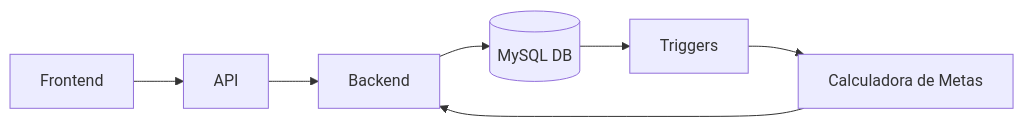
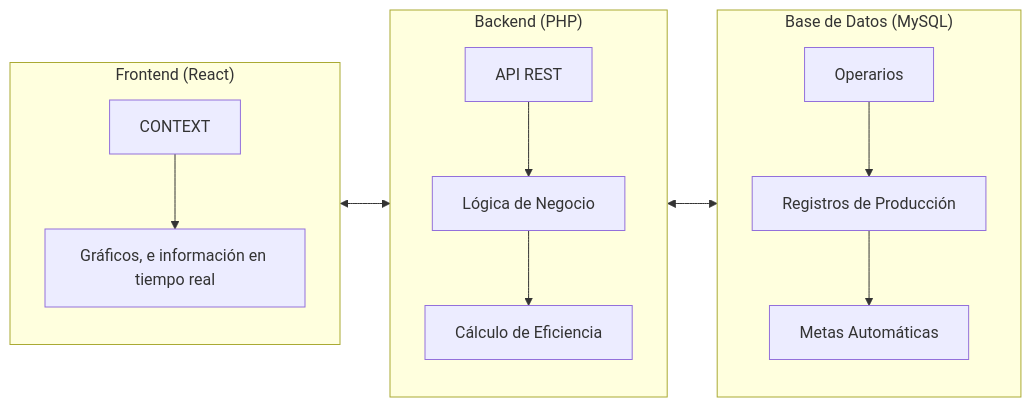
The diagram in src/content/docs/arquitectura/detalles.mdx (EmmanuelSalazar/medidor_eficiencia-alt_confecciones), drawn with Mermaid before and after one commit. The commit also changed other lines of this file and 3 other files, not shown here.

````diff
--- a/src/content/docs/arquitectura/detalles.mdx
+++ b/src/content/docs/arquitectura/detalles.mdx
@@ -9,9 +9,19 @@
 ```mermaid
 flowchart LR
-    A[Frontend] --> B[API]
-    B --> D[Backend]
-    D --> E[(MySQL DB)]
-    E --> F[Triggers]
-    F --> G[Calculadora de Metas]
-    G --> D
+    subgraph Frontend["Frontend (React)"]
+        A[CONTEXT] --> B[Gráficos, e información en tiempo real]
+    end
+
+    subgraph Backend["Backend (PHP)"]
+        C[API REST] --> D[Lógica de Negocio]
+        D --> E[Cálculo de Eficiencia]
+    end
+
+    subgraph Database["Base de Datos (MySQL)"]
+        F[Operarios] --> G[Registros de Producción]
+        G --> H[Metas Automáticas]
+    end
+
+    Frontend <--> Backend
+    Backend <--> Database
 ```
````
